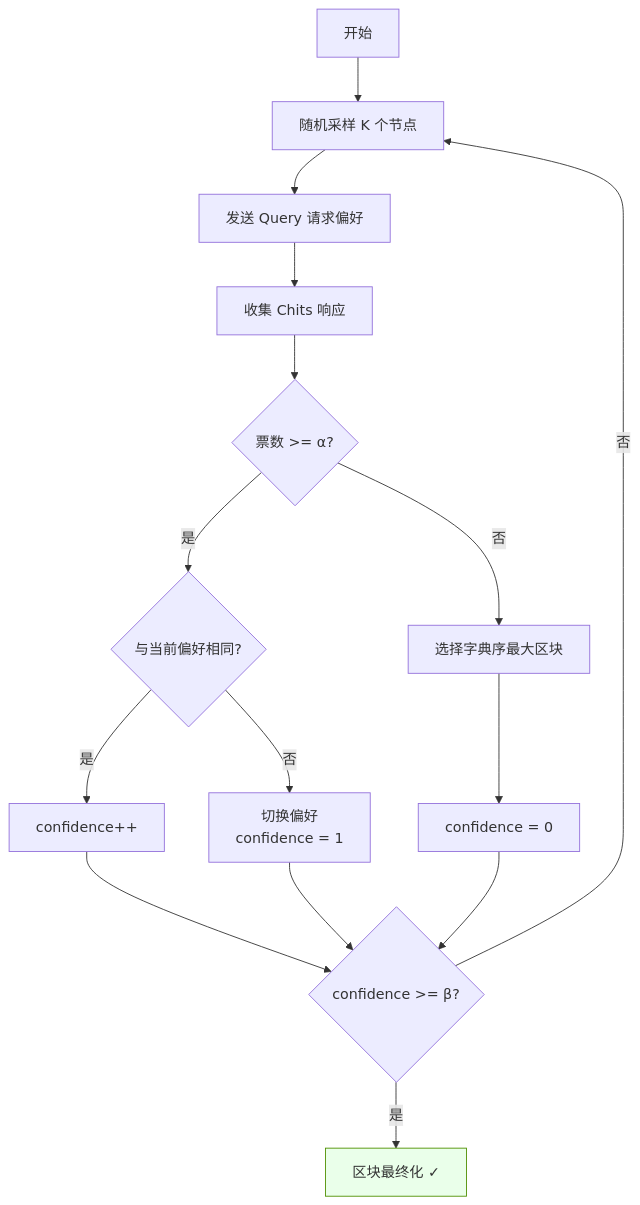
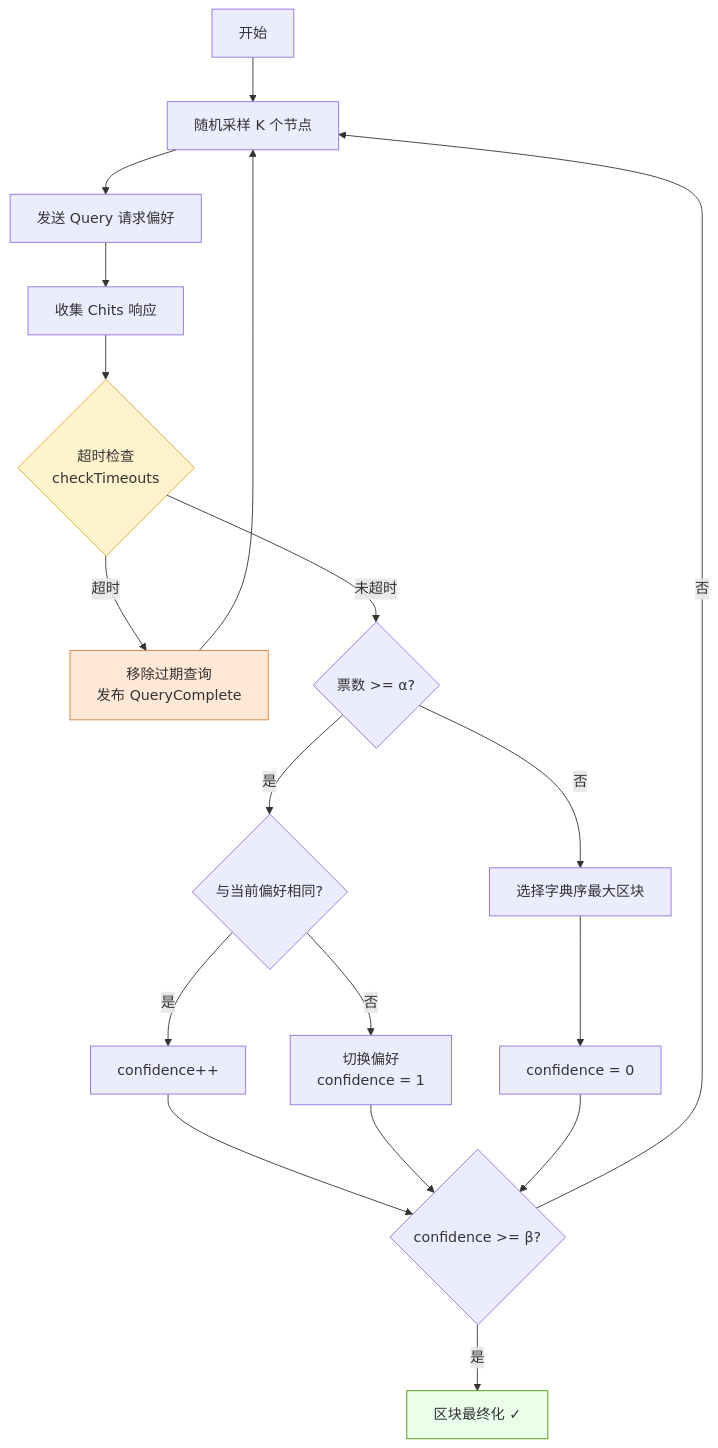
One commit to davidLeeeeeeeeeeee/dex changed the third of 15 diagrams in consensus/design.md. Above: the diagram before and after it, drawn with Mermaid. The commit also changed other lines of this file and 7 other files, not shown here.

````diff
--- a/consensus/design.md
+++ b/consensus/design.md
@@ -80,24 +81,30 @@
 ```mermaid
 flowchart TD
     START[开始] --> SAMPLE[随机采样 K 个节点]
     SAMPLE --> QUERY[发送 Query 请求偏好]
     QUERY --> COLLECT[收集 Chits 响应]
-    COLLECT --> CHECK{票数 >= α?}
+
+    COLLECT --> TIMEOUT{超时检查<br>checkTimeouts}
+    TIMEOUT -->|超时| EXPIRE[移除过期查询<br>发布 QueryComplete]
+    TIMEOUT -->|未超时| CHECK{票数 >= α?}
+    EXPIRE --> SAMPLE
 
     CHECK -->|是| SAME{与当前偏好相同?}
     CHECK -->|否| FALLBACK[选择字典序最大区块]
 
     SAME -->|是| INCR[confidence++]
     SAME -->|否| SWITCH[切换偏好<br>confidence = 1]
 
     FALLBACK --> RESET[confidence = 0]
 
     INCR --> FINAL{confidence >= β?}
     SWITCH --> FINAL
     RESET --> FINAL
 
     FINAL -->|是| FINALIZE[区块最终化 ✓]
     FINAL -->|否| SAMPLE
 
     style FINALIZE fill:#eaffea,stroke:#4f8f00
+    style TIMEOUT fill:#fff3cd,stroke:#d6a735
+    style EXPIRE fill:#ffe8d6,stroke:#d67f35
 ```
````
